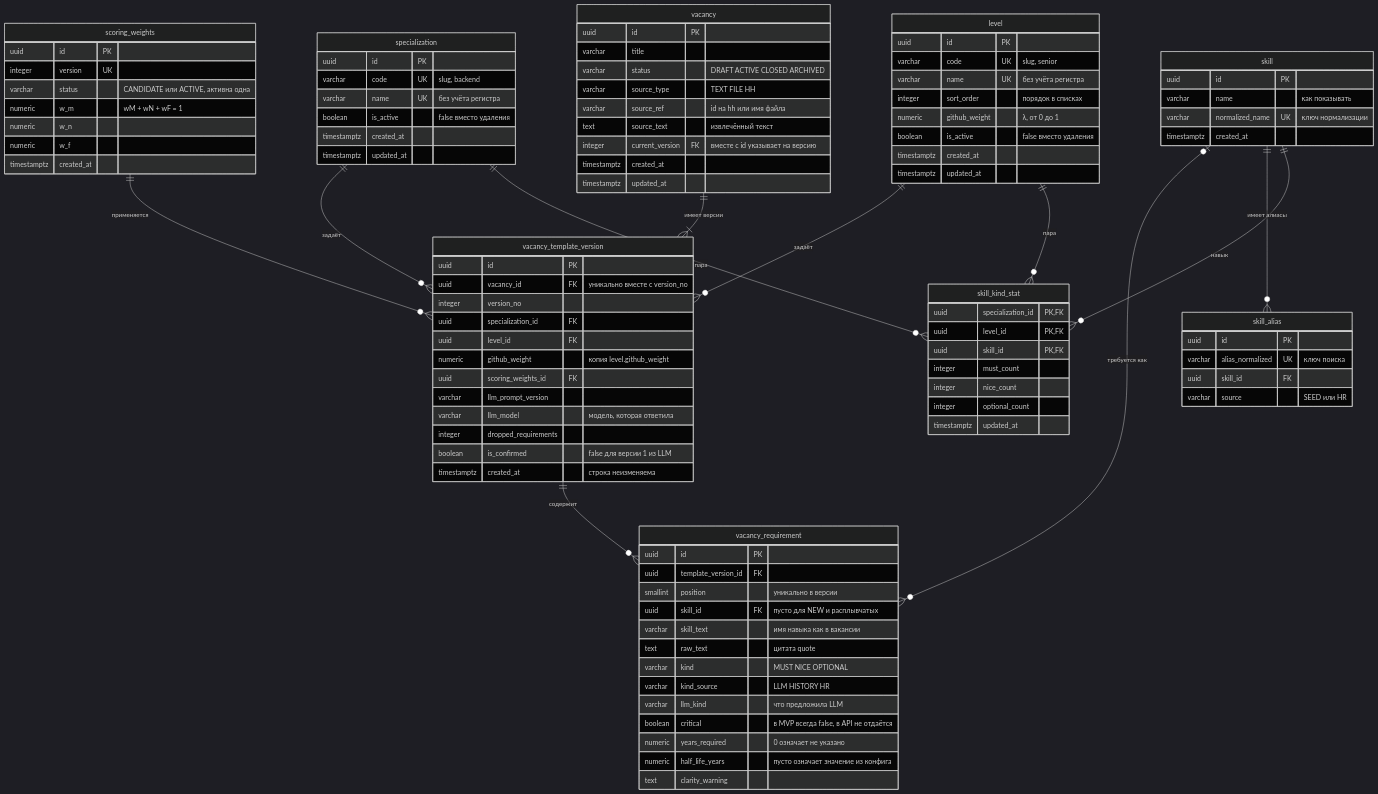
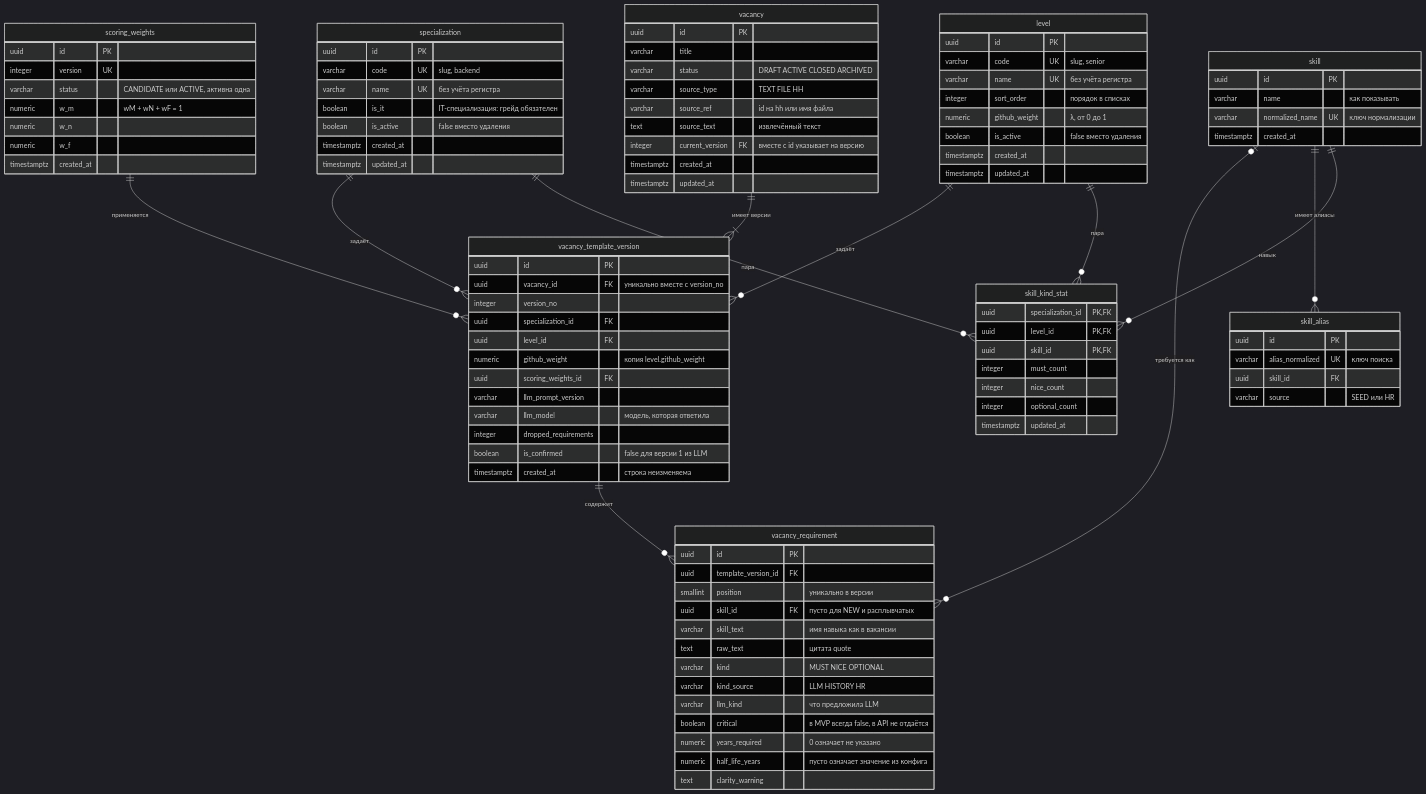
Before and after one commit to MiZentUi/tracing_ats: the diagram in docs/vacancy-data-model.md, drawn with Mermaid (dark theme). The commit also changed other lines of this file and 17 other files, not shown here.

```diff
--- a/docs/vacancy-data-model.md
+++ b/docs/vacancy-data-model.md
@@ -25,6 +26,7 @@
         uuid id PK
         varchar code UK "slug, backend"
         varchar name UK "без учёта регистра"
+        boolean is_it "IT-специализация: грейд обязателен"
         boolean is_active "false вместо удаления"
         timestamptz created_at
         timestamptz updated_at
```
